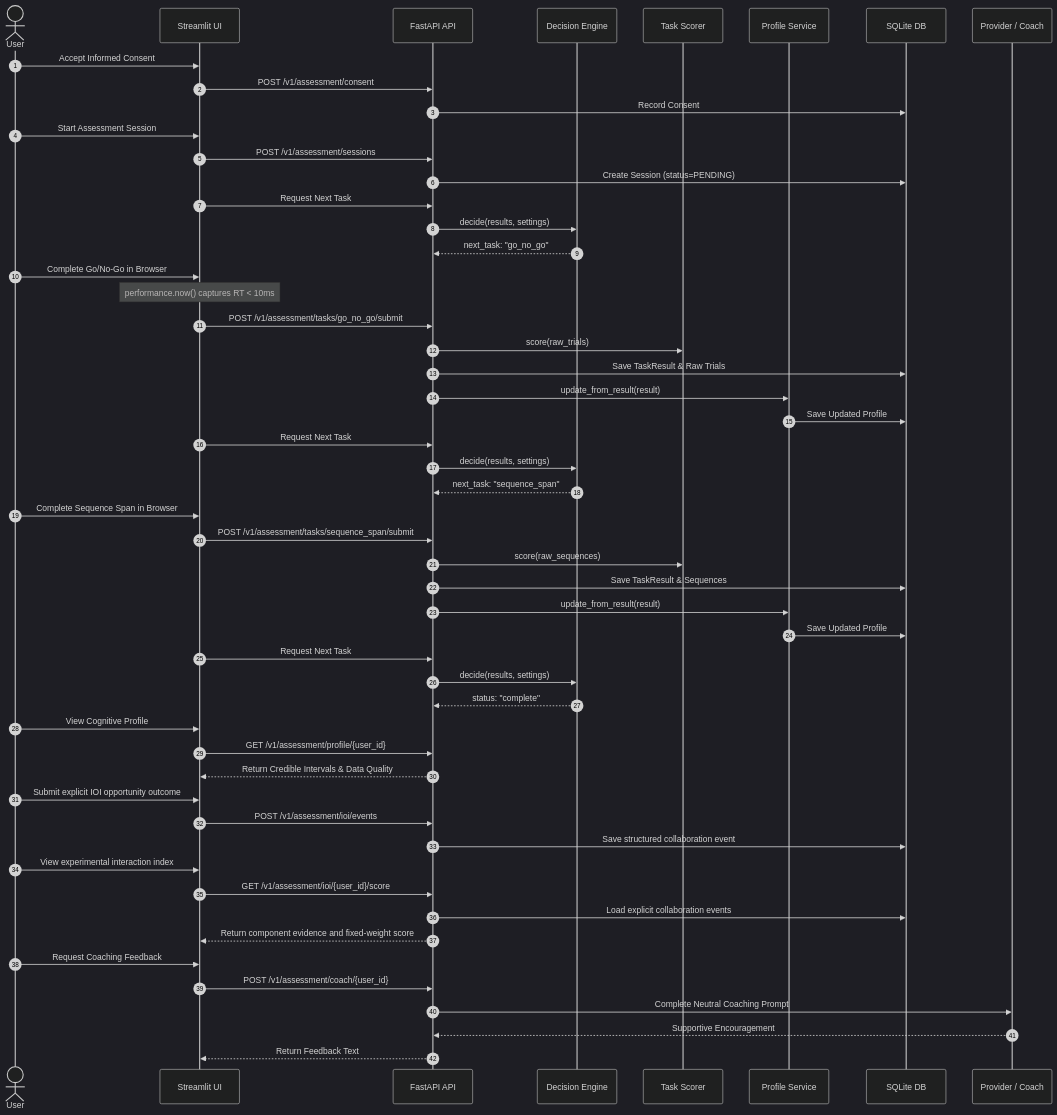
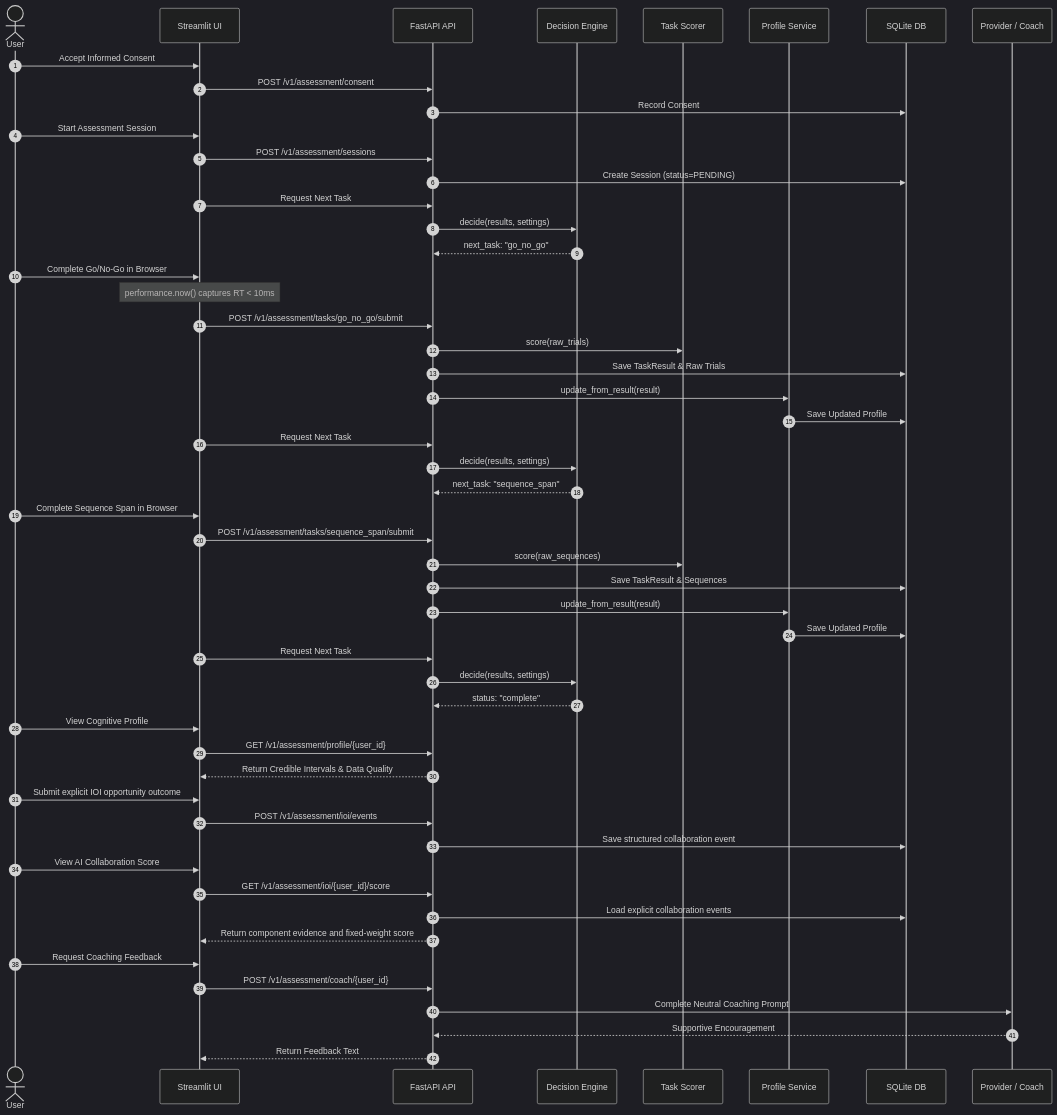
Before and after one commit to Housseeeem/CogLayer: the second of 2 diagrams in docs/ARCHITECTURE.md, drawn with Mermaid (dark theme). The commit also changed other lines of this file and 14 other files, not shown here.

Commit message:
chore: English UI strings, accurate dashboard caption, AI Collaboration Score label

````diff
--- a/docs/ARCHITECTURE.md
+++ b/docs/ARCHITECTURE.md
@@ -90,66 +90,66 @@
 ```mermaid
 sequenceDiagram
     autonumber
     actor User
     participant UI as Streamlit UI
     participant API as FastAPI API
     participant Engine as Decision Engine
     participant Scorer as Task Scorer
     participant Profile as Profile Service
     participant DB as SQLite DB
     participant LLM as Provider / Coach
 
     User->>UI: Accept Informed Consent
     UI->>API: POST /v1/assessment/consent
     API->>DB: Record Consent
 
     User->>UI: Start Assessment Session
     UI->>API: POST /v1/assessment/sessions
     API->>DB: Create Session (status=PENDING)
 
     UI->>API: Request Next Task
     API->>Engine: decide(results, settings)
     Engine-->>API: next_task: "go_no_go"
 
     User->>UI: Complete Go/No-Go in Browser
     Note over UI: performance.now() captures RT < 10ms
     UI->>API: POST /v1/assessment/tasks/go_no_go/submit
     API->>Scorer: score(raw_trials)
     API->>DB: Save TaskResult & Raw Trials
     API->>Profile: update_from_result(result)
     Profile->>DB: Save Updated Profile
 
     UI->>API: Request Next Task
     API->>Engine: decide(results, settings)
     Engine-->>API: next_task: "sequence_span"
 
     User->>UI: Complete Sequence Span in Browser
     UI->>API: POST /v1/assessment/tasks/sequence_span/submit
     API->>Scorer: score(raw_sequences)
     API->>DB: Save TaskResult & Sequences
     API->>Profile: update_from_result(result)
     Profile->>DB: Save Updated Profile
 
     UI->>API: Request Next Task
     API->>Engine: decide(results, settings)
     Engine-->>API: status: "complete"
 
     User->>UI: View Cognitive Profile
     UI->>API: GET /v1/assessment/profile/{user_id}
     API-->>UI: Return Credible Intervals & Data Quality
 
     User->>UI: Submit explicit IOI opportunity outcome
     UI->>API: POST /v1/assessment/ioi/events
     API->>DB: Save structured collaboration event
 
-    User->>UI: View experimental interaction index
+    User->>UI: View AI Collaboration Score
     UI->>API: GET /v1/assessment/ioi/{user_id}/score
     API->>DB: Load explicit collaboration events
     API-->>UI: Return component evidence and fixed-weight score
 
     User->>UI: Request Coaching Feedback
     UI->>API: POST /v1/assessment/coach/{user_id}
     API->>LLM: Complete Neutral Coaching Prompt
     LLM-->>API: Supportive Encouragement
     API-->>UI: Return Feedback Text
 ```
````
